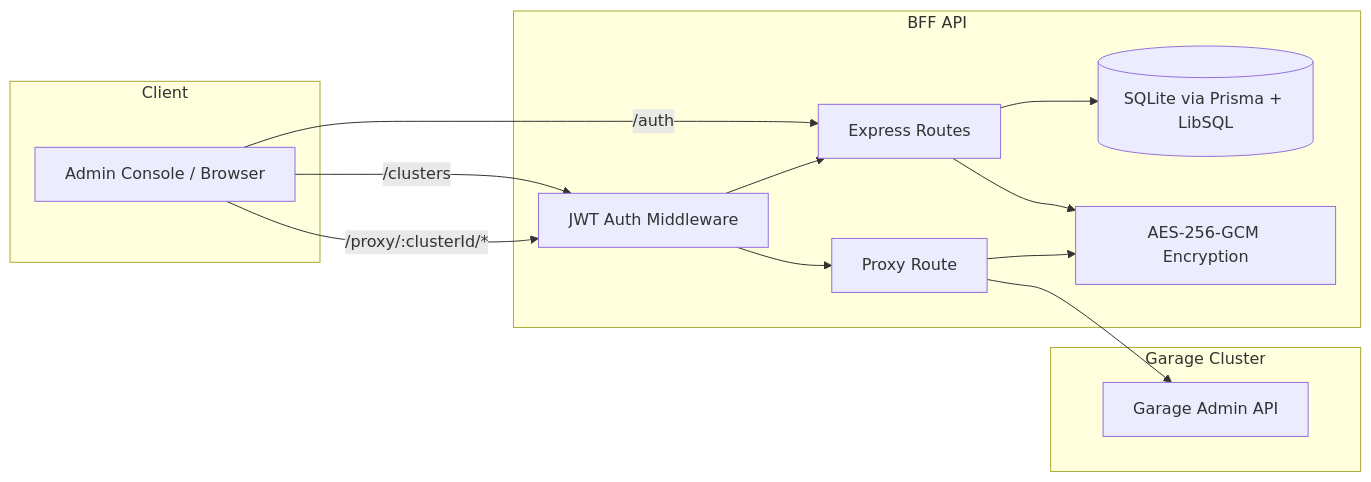
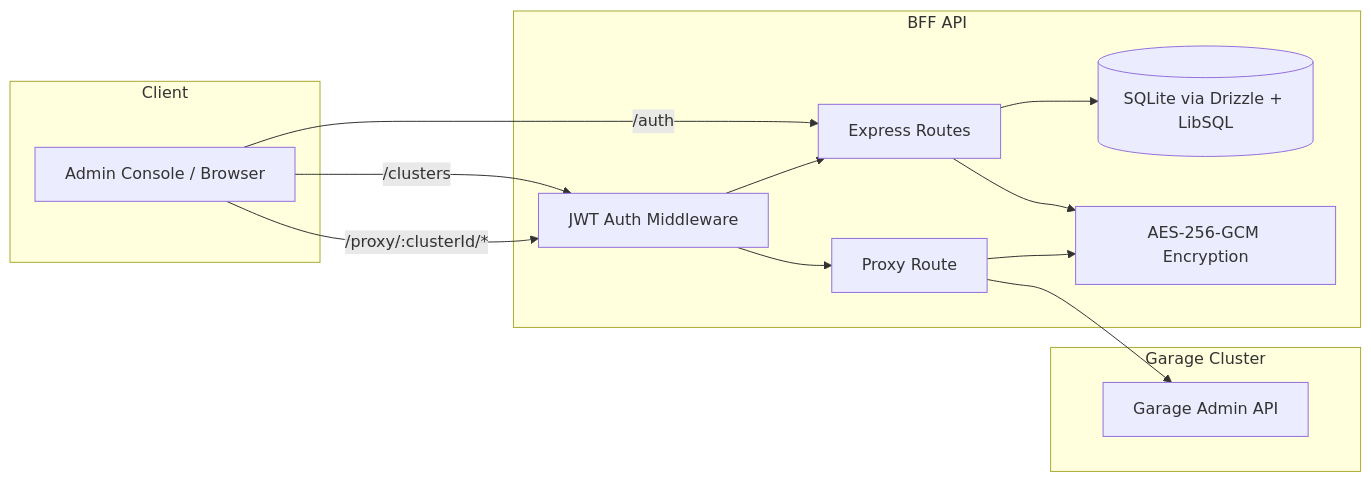
One commit to eyebrowkang/garage-admin-console changed the diagram in api/README.md. Above: the diagram before and after it, drawn with Mermaid. The commit also changed other lines of this file and 31 other files, not shown here.

````diff
--- a/api/README.md
+++ b/api/README.md
@@ -9,25 +9,25 @@
 ```mermaid
 flowchart LR
   subgraph Client
     Browser[Admin Console / Browser]
   end
 
   subgraph API[BFF API]
     Routes[Express Routes]
     Auth[JWT Auth Middleware]
     Proxy[Proxy Route]
-    DB[(SQLite via Prisma + LibSQL)]
+    DB[(SQLite via Drizzle + LibSQL)]
     Crypto[AES-256-GCM Encryption]
   end
 
   subgraph Garage[Garage Cluster]
     GarageAPI[Garage Admin API]
   end
 
   Browser -->|/auth| Routes
   Browser -->|/clusters| Auth --> Routes
   Browser -->|/proxy/:clusterId/*| Auth --> Proxy --> GarageAPI
   Routes --> DB
   Routes --> Crypto
   Proxy --> Crypto
 ```
````
